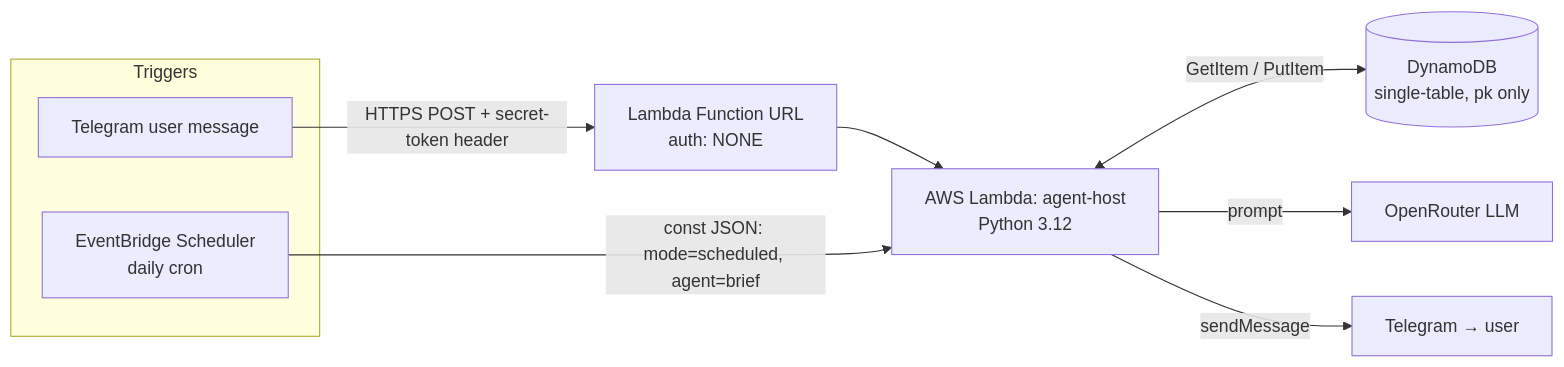
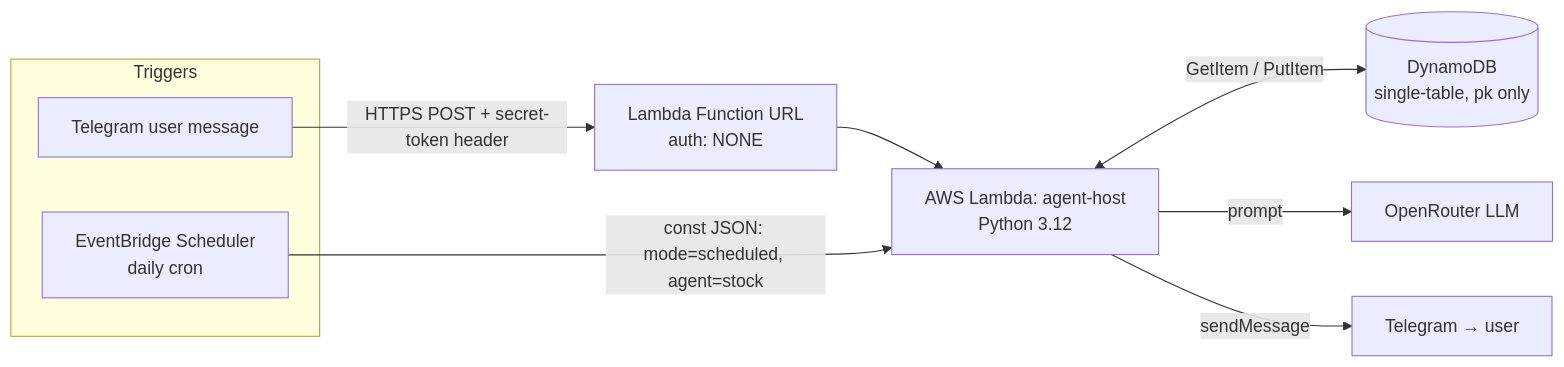
One commit to feifeifeifeifeifeifei/agent-host changed the first of 2 diagrams in README.md. Above: the diagram before and after it, drawn with Mermaid. The commit also changed other lines of this file and 1 other file, not shown here.

First line of the commit message:
docs: sync READMEs to reality — StockAgent live, BriefAgent is a scaffold

````diff
--- a/README.md
+++ b/README.md
@@ -37,13 +37,13 @@
 ```mermaid
 flowchart LR
     subgraph Triggers
       TG[Telegram user message]
       EB[EventBridge Scheduler<br/>daily cron]
     end
     TG -->|HTTPS POST + secret-token header| FU[Lambda Function URL<br/>auth: NONE]
     FU --> L[AWS Lambda: agent-host<br/>Python 3.12]
-    EB -->|const JSON: mode=scheduled, agent=brief| L
+    EB -->|const JSON: mode=scheduled, agent=stock| L
     L <-->|GetItem / PutItem| D[(DynamoDB<br/>single-table, pk only)]
     L -->|prompt| OR[OpenRouter LLM]
     L -->|sendMessage| OUT[Telegram → user]
 ```
````
